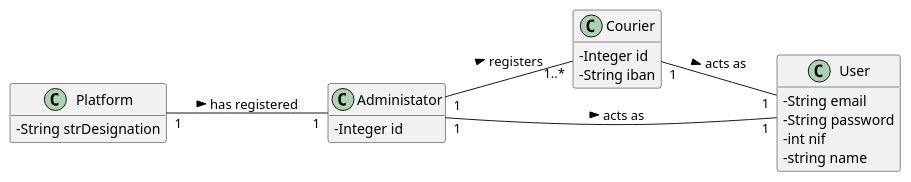
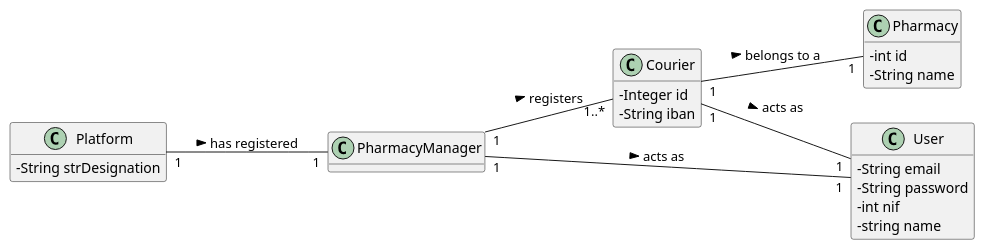
Before and after one commit to tiagoavcosta25/LAPR3: the diagram in docs/Iteration 1/Courier Management/US19_RegisterCourier/US19_DM.puml, drawn with PlantUML. The commit also changed 10 other files, not shown here.

```diff
--- a/docs/Iteration 1/Courier Management/US19_RegisterCourier/US19_DM.puml
+++ b/docs/Iteration 1/Courier Management/US19_RegisterCourier/US19_DM.puml
@@ -1,31 +1,36 @@
 @startuml
 skinparam classAttributeIconSize 0
 hide methods
 left to right direction
 
 class Platform {
   -String strDesignation
 }
 
 class Courier {
       -Integer id
       -String iban
 }
 
-class Administator {
-      -Integer id
+class PharmacyManager {
 }
 
 
 class User{
   -String email
   -String password
   -int nif
   -string name
 }
 
-Platform "1" -- "1" Administator : has registered >
-Administator "1" -- "1..*" Courier : registers >
+class Pharmacy{
+-   int id
+-   String name
+}
+
+Platform "1" -- "1" PharmacyManager : has registered >
+PharmacyManager "1" -- "1..*" Courier : registers >
 Courier "1" -- "1" User: acts as  >
-Administator "1" -- "1" User: acts as  >
+Courier "1" -- "1" Pharmacy: belongs to a  >
+PharmacyManager "1" -- "1" User: acts as  >
 @enduml
```
